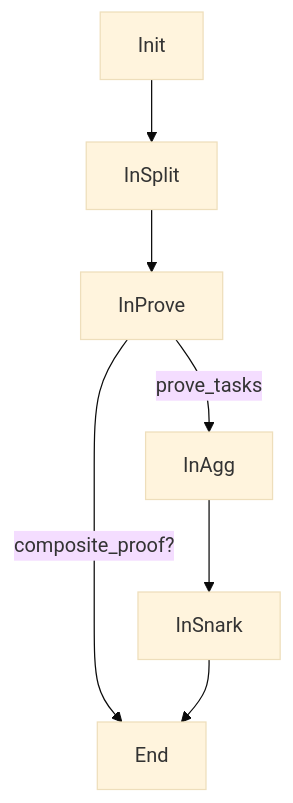
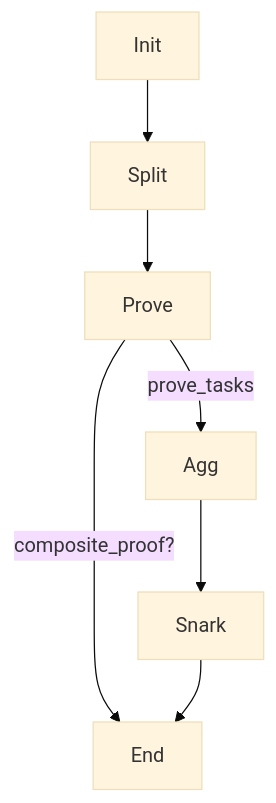
Before and after one commit to zkMIPS/zkm-prover: the first of 3 diagrams in README.md, drawn with Mermaid (base theme). The commit also changed other lines of this file and 30 other files, not shown here.

````diff
--- a/README.md
+++ b/README.md
@@ -6,9 +7,9 @@
 ```mermaid
 graph TD
-    Init --> InSplit;
-    InSplit --> InProve;
-    InProve --prove_tasks--> InAgg;
-    InProve --composite_proof?--> End;
-    InAgg --> InSnark;
-    InSnark --> End;
+    Init --> Split;
+    Split --> Prove;
+    Prove --prove_tasks--> Agg;
+    Prove --composite_proof?--> End;
+    Agg --> Snark;
+    Snark --> End;
 ```
````
